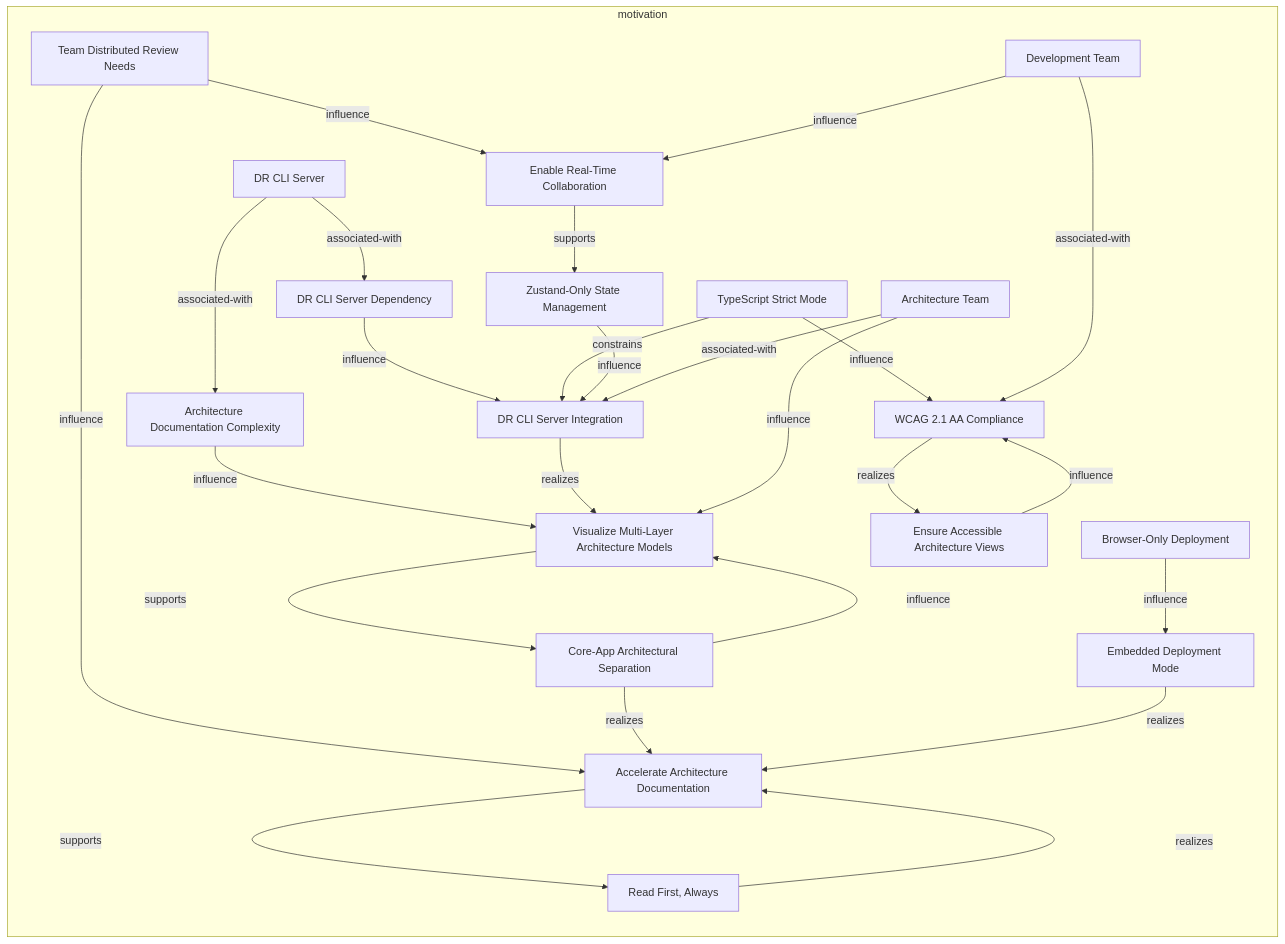
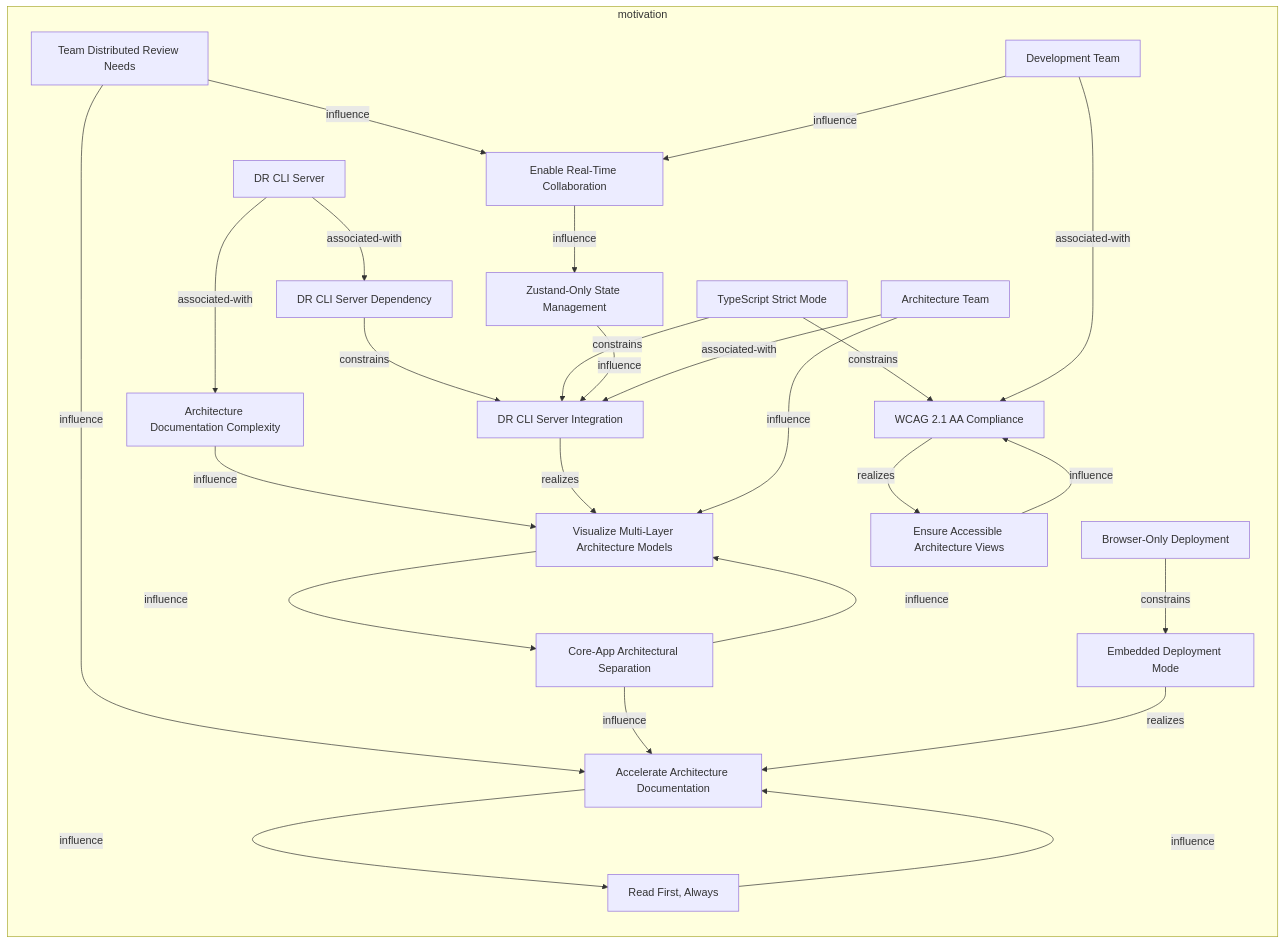
One commit to tinkermonkey/documentation_robotics_viewer changed the first of 2 diagrams in documentation-robotics/reports/01-motivation-layer-report.md. Above: the diagram before and after it, drawn with Mermaid. The commit also changed other lines of this file and 39 other files, not shown here.

````diff
--- a/documentation-robotics/reports/01-motivation-layer-report.md
+++ b/documentation-robotics/reports/01-motivation-layer-report.md
@@ -31,47 +31,47 @@
 ```mermaid
 flowchart LR
   subgraph motivation
     motivation_constraint_browser_only_deployment["Browser-Only Deployment"]
     motivation_constraint_dr_cli_server_dependency["DR CLI Server Dependency"]
     motivation_constraint_type_script_strict_mode["TypeScript Strict Mode"]
     motivation_driver_architecture_documentation_complexity["Architecture Documentation Complexity"]
     motivation_driver_team_distributed_review_needs["Team Distributed Review Needs"]
     motivation_goal_accelerate_architecture_documentation["Accelerate Architecture Documentation"]
     motivation_goal_enable_real_time_collaboration["Enable Real-Time Collaboration"]
     motivation_goal_ensure_accessible_architecture_views["Ensure Accessible Architecture Views"]
     motivation_goal_visualize_multi_layer_architecture_models["Visualize Multi-Layer Architecture Models"]
     motivation_principle_core_app_architectural_separation["Core-App Architectural Separation"]
     motivation_principle_read_first_always["Read First, Always"]
     motivation_principle_zustand_only_state_management["Zustand-Only State Management"]
     motivation_requirement_dr_cli_server_integration["DR CLI Server Integration"]
     motivation_requirement_embedded_deployment_mode["Embedded Deployment Mode"]
     motivation_requirement_wcag_21_aa_compliance["WCAG 2.1 AA Compliance"]
     motivation_stakeholder_architecture_team["Architecture Team"]
     motivation_stakeholder_development_team["Development Team"]
     motivation_stakeholder_dr_cli_server["DR CLI Server"]
-    motivation_constraint_browser_only_deployment -->|influence| motivation_requirement_embedded_deployment_mode
-    motivation_constraint_dr_cli_server_dependency -->|influence| motivation_requirement_dr_cli_server_integration
+    motivation_constraint_browser_only_deployment -->|constrains| motivation_requirement_embedded_deployment_mode
+    motivation_constraint_dr_cli_server_dependency -->|constrains| motivation_requirement_dr_cli_server_integration
     motivation_constraint_type_script_strict_mode -->|constrains| motivation_requirement_dr_cli_server_integration
-    motivation_constraint_type_script_strict_mode -->|influence| motivation_requirement_wcag_21_aa_compliance
+    motivation_constraint_type_script_strict_mode -->|constrains| motivation_requirement_wcag_21_aa_compliance
     motivation_driver_architecture_documentation_complexity -->|influence| motivation_goal_visualize_multi_layer_architecture_models
     motivation_driver_team_distributed_review_needs -->|influence| motivation_goal_accelerate_architecture_documentation
     motivation_driver_team_distributed_review_needs -->|influence| motivation_goal_enable_real_time_collaboration
-    motivation_goal_accelerate_architecture_documentation -->|supports| motivation_principle_read_first_always
-    motivation_goal_enable_real_time_collaboration -->|supports| motivation_principle_zustand_only_state_management
+    motivation_goal_accelerate_architecture_documentation -->|influence| motivation_principle_read_first_always
+    motivation_goal_enable_real_time_collaboration -->|influence| motivation_principle_zustand_only_state_management
     motivation_goal_ensure_accessible_architecture_views -->|influence| motivation_requirement_wcag_21_aa_compliance
-    motivation_goal_visualize_multi_layer_architecture_models -->|supports| motivation_principle_core_app_architectural_separation
+    motivation_goal_visualize_multi_layer_architecture_models -->|influence| motivation_principle_core_app_architectural_separation
+    motivation_principle_core_app_architectural_separation -->|influence| motivation_goal_accelerate_architecture_documentation
     motivation_principle_core_app_architectural_separation -->|influence| motivation_goal_visualize_multi_layer_architecture_models
-    motivation_principle_core_app_architectural_separation -->|realizes| motivation_goal_accelerate_architecture_documentation
-    motivation_principle_read_first_always -->|realizes| motivation_goal_accelerate_architecture_documentation
+    motivation_principle_read_first_always -->|influence| motivation_goal_accelerate_architecture_documentation
     motivation_principle_zustand_only_state_management -->|influence| motivation_requirement_dr_cli_server_integration
     motivation_requirement_dr_cli_server_integration -->|realizes| motivation_goal_visualize_multi_layer_architecture_models
     motivation_requirement_embedded_deployment_mode -->|realizes| motivation_goal_accelerate_architecture_documentation
     motivation_requirement_wcag_21_aa_compliance -->|realizes| motivation_goal_ensure_accessible_architecture_views
     motivation_stakeholder_architecture_team -->|associated-with| motivation_requirement_dr_cli_server_integration
     motivation_stakeholder_architecture_team -->|influence| motivation_goal_visualize_multi_layer_architecture_models
     motivation_stakeholder_development_team -->|associated-with| motivation_requirement_wcag_21_aa_compliance
     motivation_stakeholder_development_team -->|influence| motivation_goal_enable_real_time_collaboration
     motivation_stakeholder_dr_cli_server -->|associated-with| motivation_constraint_dr_cli_server_dependency
     motivation_stakeholder_dr_cli_server -->|associated-with| motivation_driver_architecture_documentation_complexity
   end
 ```
````
